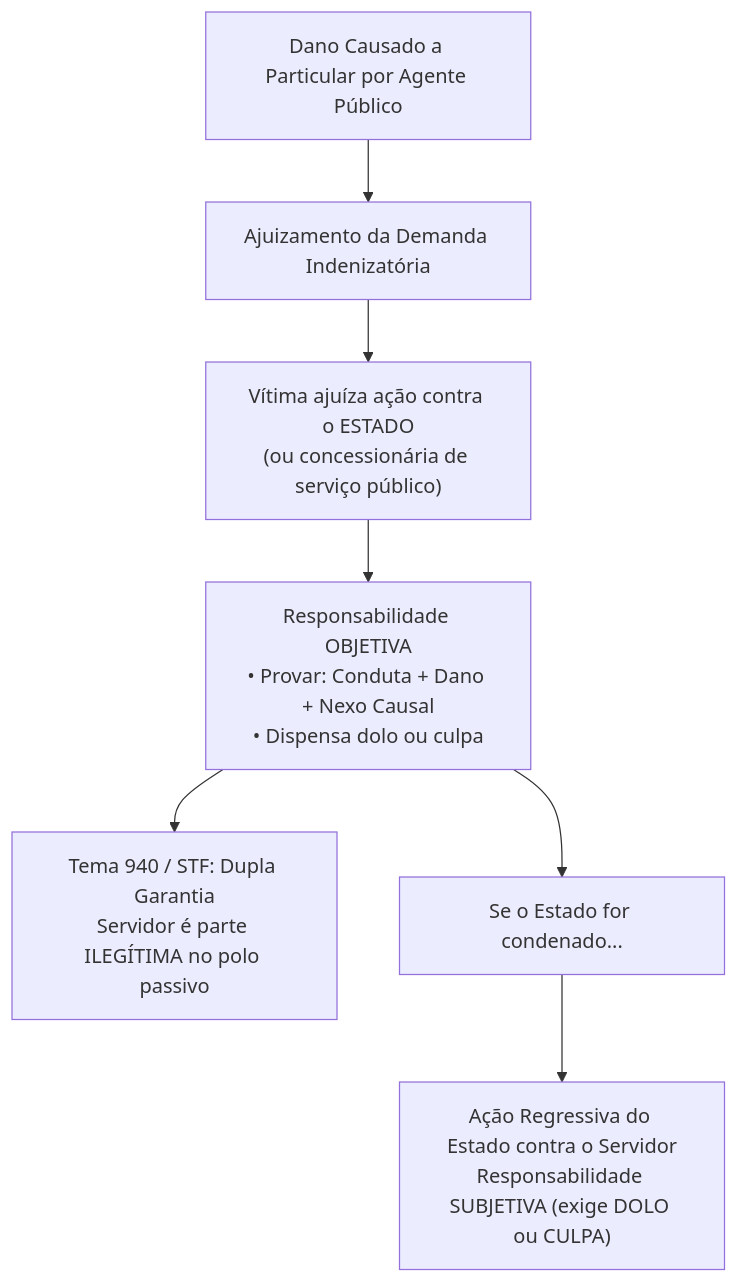
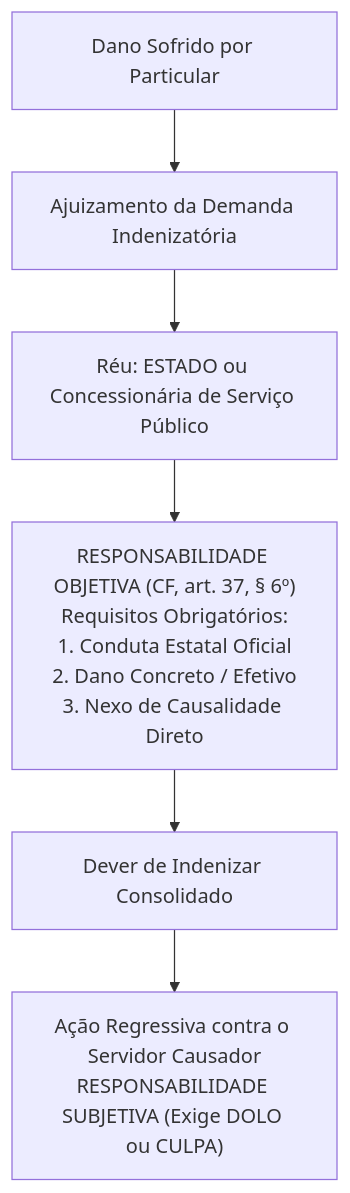
The first of 3 diagrams in fontes_de_estudo/conhecimentos_especificos_a01_tecnico_administrativo/15_nocoes_de_direito_administrativo/04_servicos_publicos_bens_e_responsabilidade_civil.md (thiagosantos346/TCE-GO-2027), drawn with Mermaid before and after one commit. The commit also changed other lines of this file and 119 other files, not shown here.

````diff
--- a/fontes_de_estudo/conhecimentos_especificos_a01_tecnico_administrativo/15_nocoes_de_direito_administrativo/04_servicos_publicos_bens_e_responsabilidade_civil.md
+++ b/fontes_de_estudo/conhecimentos_especificos_a01_tecnico_administrativo/15_nocoes_de_direito_administrativo/04_servicos_publicos_bens_e_responsabilidade_civil.md
@@ -72,9 +59,8 @@
 ```mermaid
 flowchart TD
-    DANO["Dano Causado a Particular por Agente Público"] --> REG["Ajuizamento da Demanda Indenizatória"]
-    REG --> V["Vítima ajuíza ação contra o ESTADO<br/>(ou concessionária de serviço público)"]
-    V --> OBJ["Responsabilidade OBJETIVA<br/>• Provar: Conduta + Dano + Nexo Causal<br/>• Dispensa dolo ou culpa"]
-    OBJ --> STF["Tema 940 / STF: Dupla Garantia<br/>Servidor é parte ILEGÍTIMA no polo passivo"]
-    OBJ --> REGRESSO["Se o Estado for condenado..."]
-    REGRESSO --> ACAO_REG["Ação Regressiva do Estado contra o Servidor<br/>Responsabilidade SUBJETIVA (exige DOLO ou CULPA)"]
+    DANO["Dano Sofrido por Particular"] --> POLO["Ajuizamento da Demanda Indenizatória"]
+    POLO --> DEF["Réu: ESTADO ou Concessionária de Serviço Público"]
+    DEF --> REQ["RESPONSABILIDADE OBJETIVA (CF, art. 37, § 6º)<br/>Requisitos Obrigatórios:<br/>1. Conduta Estatal Oficial<br/>2. Dano Concreto / Efetivo<br/>3. Nexo de Causalidade Direto"]
+    REQ --> INDENIZA["Dever de Indenizar Consolidado"]
+    INDENIZA --> REGRESSO["Ação Regressiva contra o Servidor Causador<br/>RESPONSABILIDADE SUBJETIVA (Exige DOLO ou CULPA)"]
 ```
````
